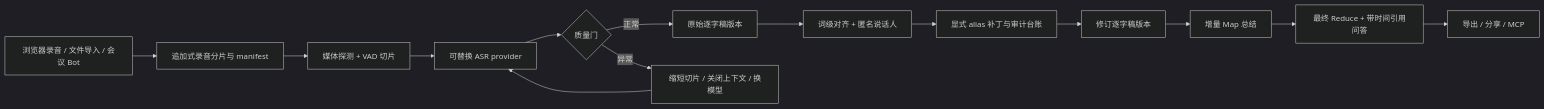
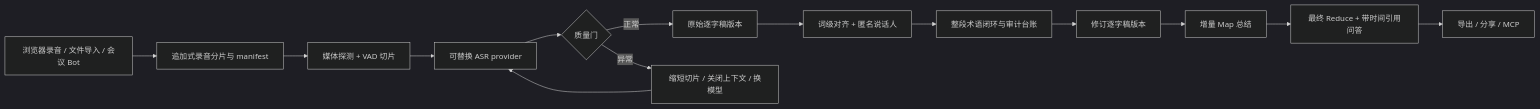
Before and after one commit to ranxi2001/yanlan-ai: the first of 2 diagrams in docs/competitive-architecture.md, drawn with Mermaid (dark theme). The commit also changed other lines of this file and 31 other files, not shown here.

First line of the commit message:
Add tests for terminology consistency, evaluation, and mapping graph

````diff
--- a/docs/competitive-architecture.md
+++ b/docs/competitive-architecture.md
@@ -43,16 +50,16 @@
 ```mermaid
 flowchart LR
     A[浏览器录音 / 文件导入 / 会议 Bot] --> B[追加式录音分片与 manifest]
     B --> C[媒体探测 + VAD 切片]
     C --> D[可替换 ASR provider]
     D --> E{质量门}
     E -->|正常| F[原始逐字稿版本]
     E -->|异常| G[缩短切片 / 关闭上下文 / 换模型]
     G --> D
     F --> H[词级对齐 + 匿名说话人]
-    H --> I[显式 alias 补丁与审计台账]
+    H --> I[整段术语闭环与审计台账]
     I --> J[修订逐字稿版本]
     J --> K[增量 Map 总结]
     K --> L[最终 Reduce + 带时间引用问答]
     L --> M[导出 / 分享 / MCP]
 ```
````
